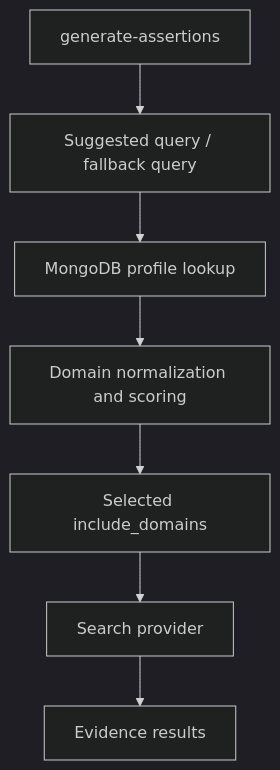
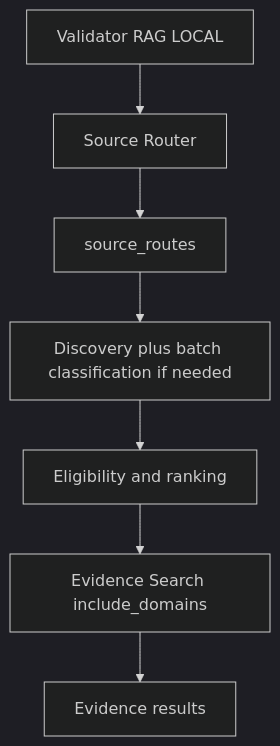
One commit to cforcadell/trust-news changed the seventh of 9 diagrams in docs/architecture/TrustNews_detailed.md. Above: the diagram before and after it, drawn with Mermaid (dark theme). The commit also changed other lines of this file and 87 other files, not shown here.

Commit message:
feat(source-routing): centralizar proveedores y enrutar evidencia local dinámicamente

````diff
--- a/docs/architecture/TrustNews_detailed.md
+++ b/docs/architecture/TrustNews_detailed.md
@@ -562,9 +551,9 @@
 ```mermaid
 flowchart TD
-    A[generate-assertions] --> B[Suggested query / fallback query]
-    B --> C[MongoDB profile lookup]
-    C --> D[Domain normalization and scoring]
-    D --> E[Selected include_domains]
-    E --> F[Search provider]
+    A[Validator RAG LOCAL] --> B[Source Router]
+    B --> C[source_routes]
+    C --> D[Discovery plus batch classification if needed]
+    D --> E[Eligibility and ranking]
+    E --> F[Evidence Search include_domains]
     F --> G[Evidence results]
 ```
````
